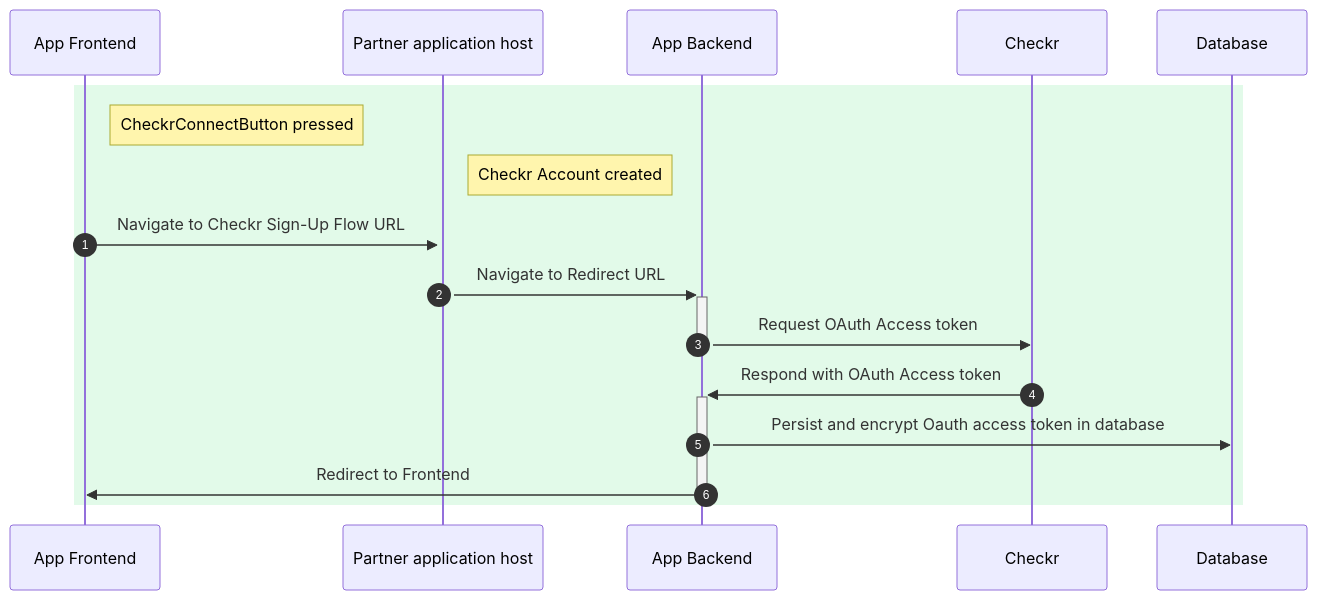
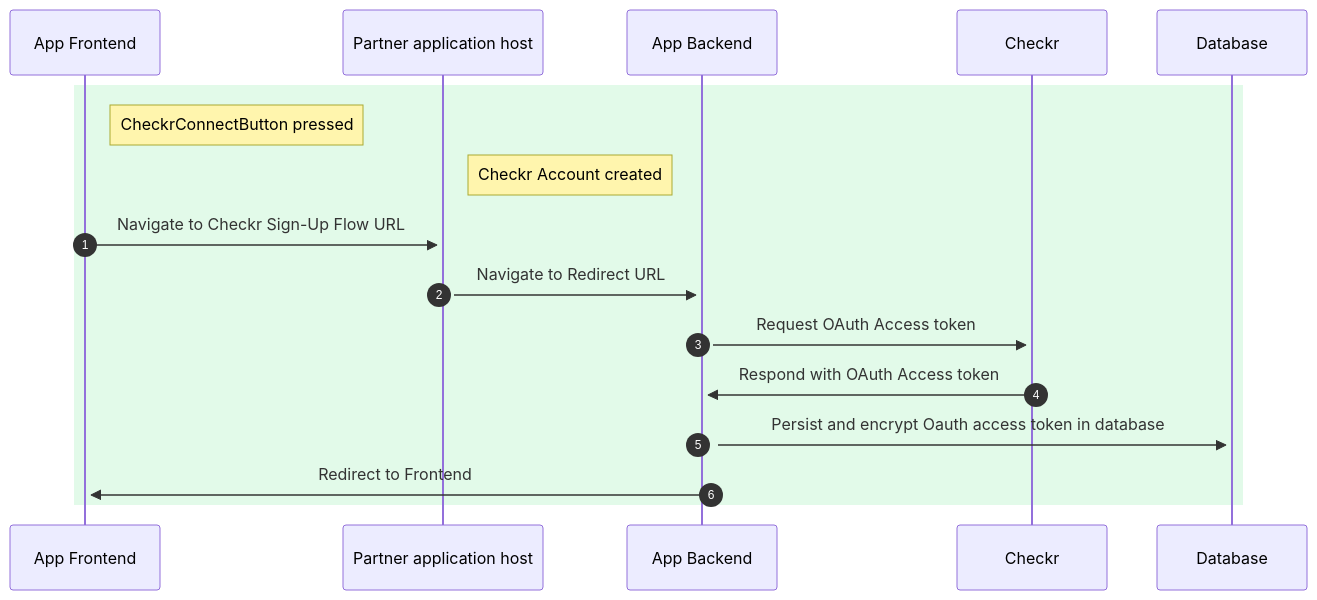
Before and after one commit to checkr/oauth-reference-integration: the first of 2 diagrams in README.md, drawn with Mermaid. The commit also changed other lines of this file, not shown here.

Commit message:
Cleanup diagram

````diff
--- a/README.md
+++ b/README.md
@@ -59,16 +59,16 @@
 ```mermaid
 sequenceDiagram
   autonumber
 
   rect rgb(226, 250, 233)
     Note right of App Frontend: CheckrConnectButton pressed
     Note right of Partner application host: Checkr Account created
 
     App Frontend->>+Partner application host: Navigate to Checkr Sign-Up Flow URL
     Partner application host->>+App Backend: Navigate to Redirect URL
-    App Backend->>-Checkr: Request OAuth Access token
+    App Backend->>+Checkr: Request OAuth Access token
     Checkr->>+App Backend: Respond with OAuth Access token
-    App Backend->>Database: Persist and encrypt Oauth access token in database
-    App Backend->>-App Frontend: Redirect to Frontend
+    App Backend->>+Database: Persist and encrypt Oauth access token in database
+    App Backend->>+App Frontend: Redirect to Frontend
   end
 ```
````
